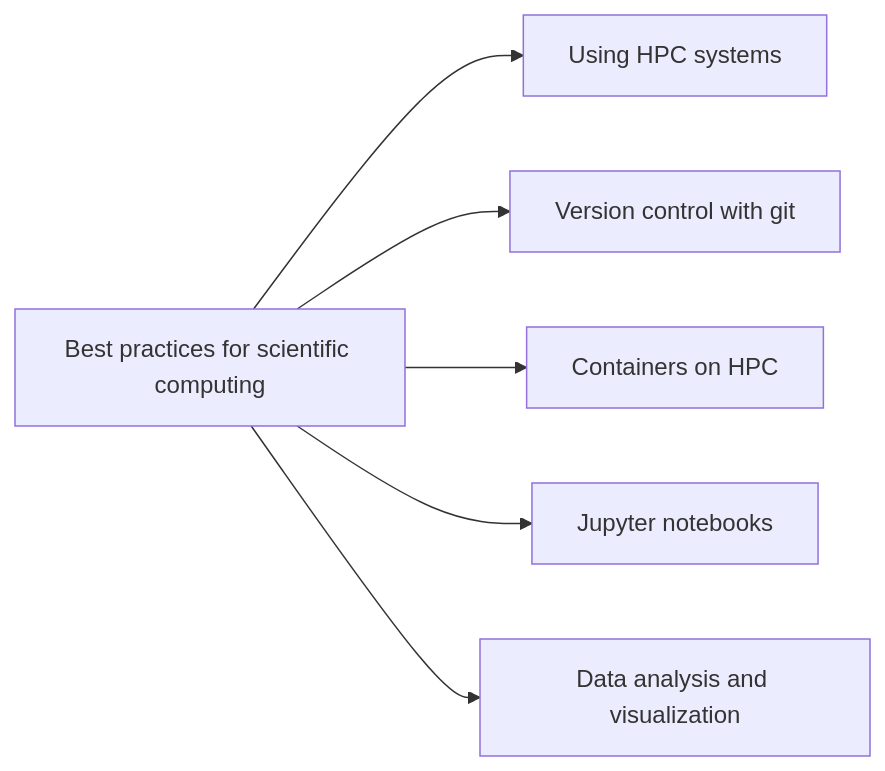
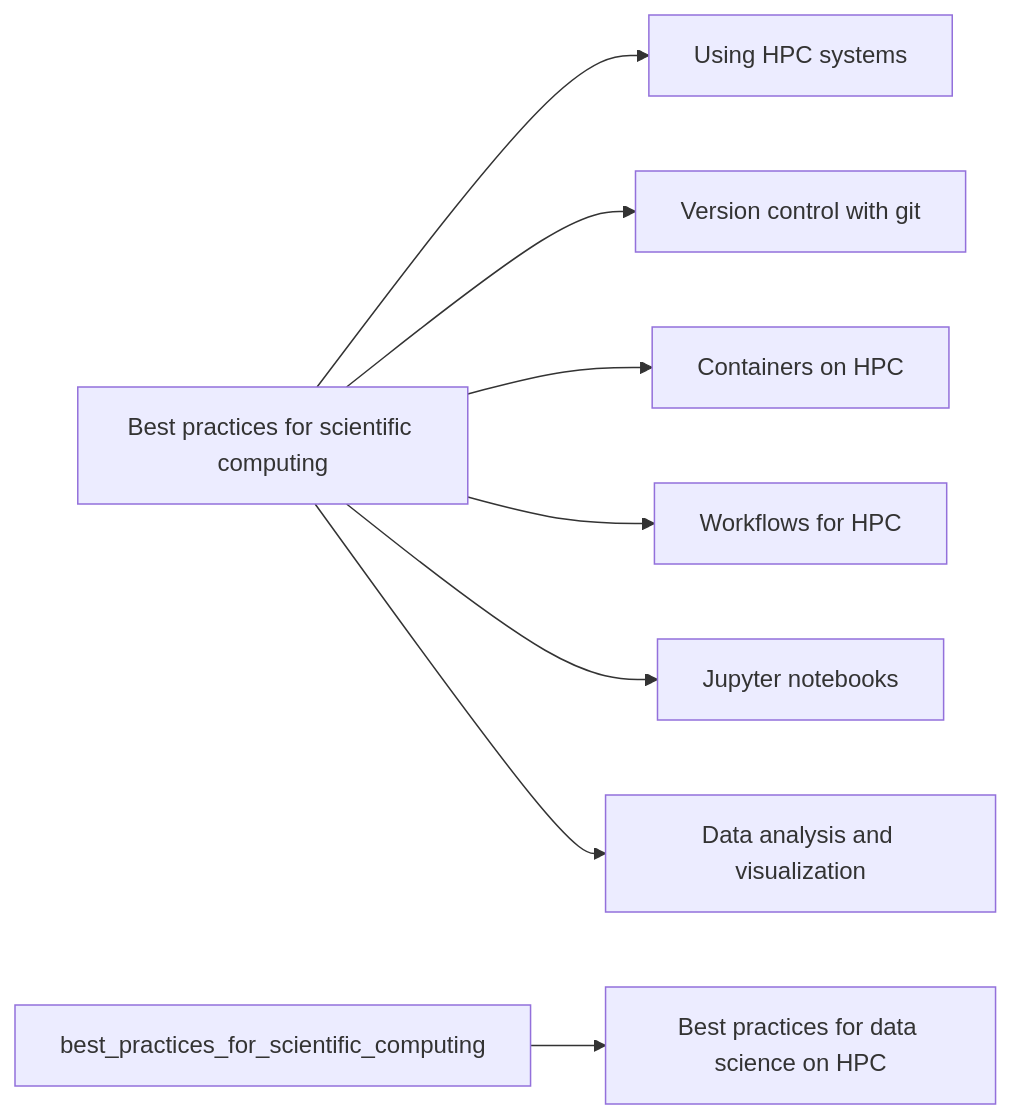
The diagram in docs/scientific_computing.md (gjbex/Training-sessions), drawn with Mermaid before and after one commit. The commit also changed 4 other files, not shown here.

First line of the commit message:
Add new training sessions

````diff
--- a/docs/scientific_computing.md
+++ b/docs/scientific_computing.md
@@ -3,14 +3,18 @@
 ```mermaid
 graph LR
    Best_practices_for_scientific_computing[Best practices for scientific computing] --> Using_HPC_systems[Using HPC systems]
    Best_practices_for_scientific_computing --> Version_control_with_git[Version control with git]
    Best_practices_for_scientific_computing --> Containers_on_HPC[Containers on HPC]
+   Best_practices_for_scientific_computing --> Workflows_for_HPC[Workflows for HPC]
    Best_practices_for_scientific_computing --> Jupyter_notebooks[Jupyter notebooks]
    Best_practices_for_scientific_computing --> Data_analysis_and_visualization[Data analysis and visualization]
+   best_practices_for_scientific_computing --> Best_practices_for_data_science_on_HPC[Best practices for data science on HPC]
    click Best_practices_for_scientific_computing "https://gjbex.github.io/Training-sessions/best_practices_for_scientific_computing" "Best practices for scientific computing"
    click Using_HPC_systems "https://gjbex.github.io/Training-sessions/using_hpc_systems" "Using HPC systems"
    click Version_control_with_git "https://gjbex.github.io/Version-control-with-git/" "Version control with git"
    click Containers_on_HPC "https://gjbex.github.io/Containers-for-HPC/" "Containers on HPC"
+   click Workflows_for_HPC "https://gjbex.github.io/Workflows-for-HPC/" "Workflows for HPC"
    click Jupyter_notebooks "https://gjbex.github.io/Training-sessions/jupyter_notebooks" "Jupyter notebooks"
    click Data_analysis_and_visualization "https://gjbex.github.io/Training-sessions/data_analysis_and_visualization" "Data analysis and visualization"
+   click Best_practices_for_data_science_on_HPC "https://gjbex.github.io/Training-sessions/best_practices_for_data_science_on_HPC" "Best practices for data science on HPC"
 ```
````
